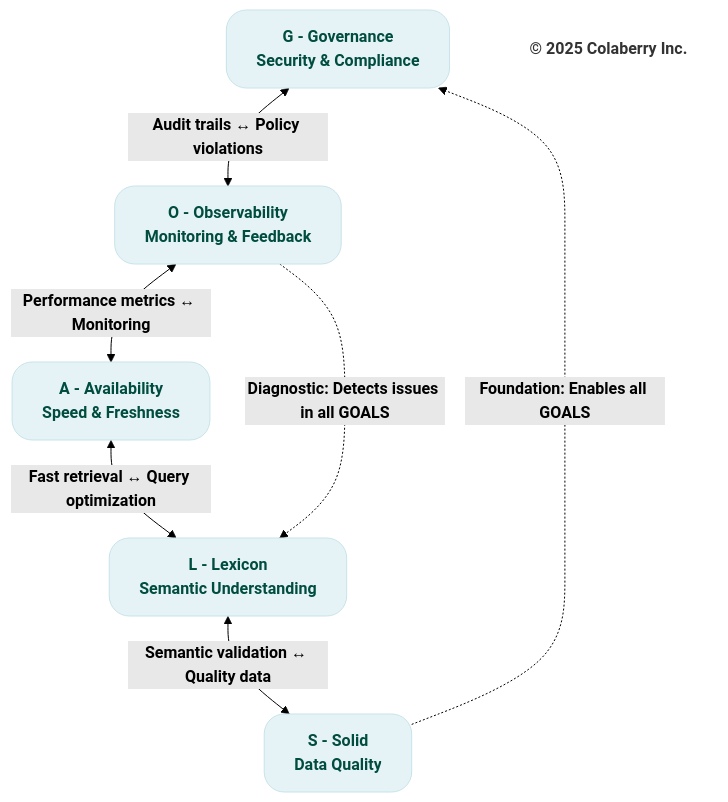
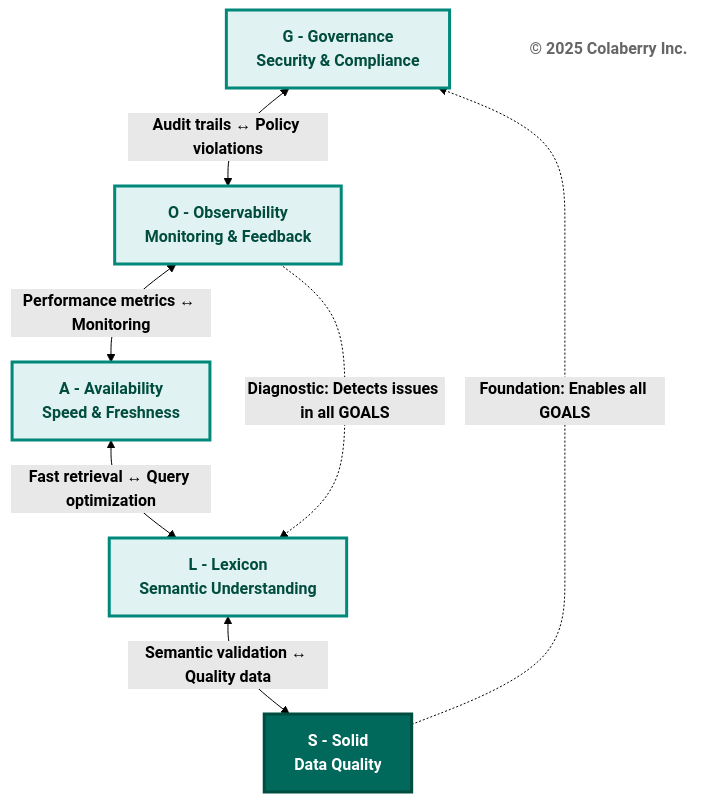
Before and after one commit to saitejesh-cyber/trust-before-intelligence-book: diagram 12 of 14 in manuscript/08_chapter_7_goals_framework.md, drawn with Mermaid (forest theme). The commit also changed other lines of this file and 12 other files, not shown here.

Commit message:
Restore legacy Mermaid styles for Option 1

````diff
--- a/manuscript/08_chapter_7_goals_framework.md
+++ b/manuscript/08_chapter_7_goals_framework.md
@@ -1478,25 +1478,25 @@
 ```mermaid
 graph TB
     G["<b>G - Governance</b><br/><b>Security & Compliance</b>"]
     O["<b>O - Observability</b><br/><b>Monitoring & Feedback</b>"]
     A["<b>A - Availability</b><br/><b>Speed & Freshness</b>"]
     L["<b>L - Lexicon</b><br/><b>Semantic Understanding</b>"]
     S["<b>S - Solid</b><br/><b>Data Quality</b>"]
     
     G <-->|<b>Audit trails ↔ Policy violations</b>| O
     O <-->|<b>Performance metrics ↔ Monitoring</b>| A
     A <-->|<b>Fast retrieval ↔ Query optimization</b>| L
     L <-->|<b>Semantic validation ↔ Quality data</b>| S
     
     S -.->|<b>Foundation: Enables all GOALS</b>| G
     O -.->|<b>Diagnostic: Detects issues in all GOALS</b>| L
     
-    style G fill:#e6f3f6,stroke:#c7e3ea,stroke-width:1px,color:#004d40,rx:20,ry:20
-    style O fill:#e6f3f6,stroke:#c7e3ea,stroke-width:1px,color:#004d40,rx:20,ry:20
-    style A fill:#e6f3f6,stroke:#c7e3ea,stroke-width:1px,color:#004d40,rx:20,ry:20
-    style L fill:#e6f3f6,stroke:#c7e3ea,stroke-width:1px,color:#004d40,rx:20,ry:20
-    style S fill:#e6f3f6,stroke:#c7e3ea,stroke-width:1px,color:#004d40,rx:20,ry:20
+    style G fill:#e0f2f1,stroke:#00897b,stroke-width:3px,color:#004d40
+    style O fill:#e0f2f1,stroke:#00897b,stroke-width:3px,color:#004d40
+    style A fill:#e0f2f1,stroke:#00897b,stroke-width:3px,color:#004d40
+    style L fill:#e0f2f1,stroke:#00897b,stroke-width:3px,color:#004d40
+    style S fill:#00695c,color:#ffffff,stroke:#004d40,stroke-width:3px
     
     Copyright["<b>© 2025 Colaberry Inc.</b>"]
-    style Copyright fill:none,stroke:none,color:#333333
+    style Copyright fill:#ffffff,stroke:none,color:#666666
 ```
````
